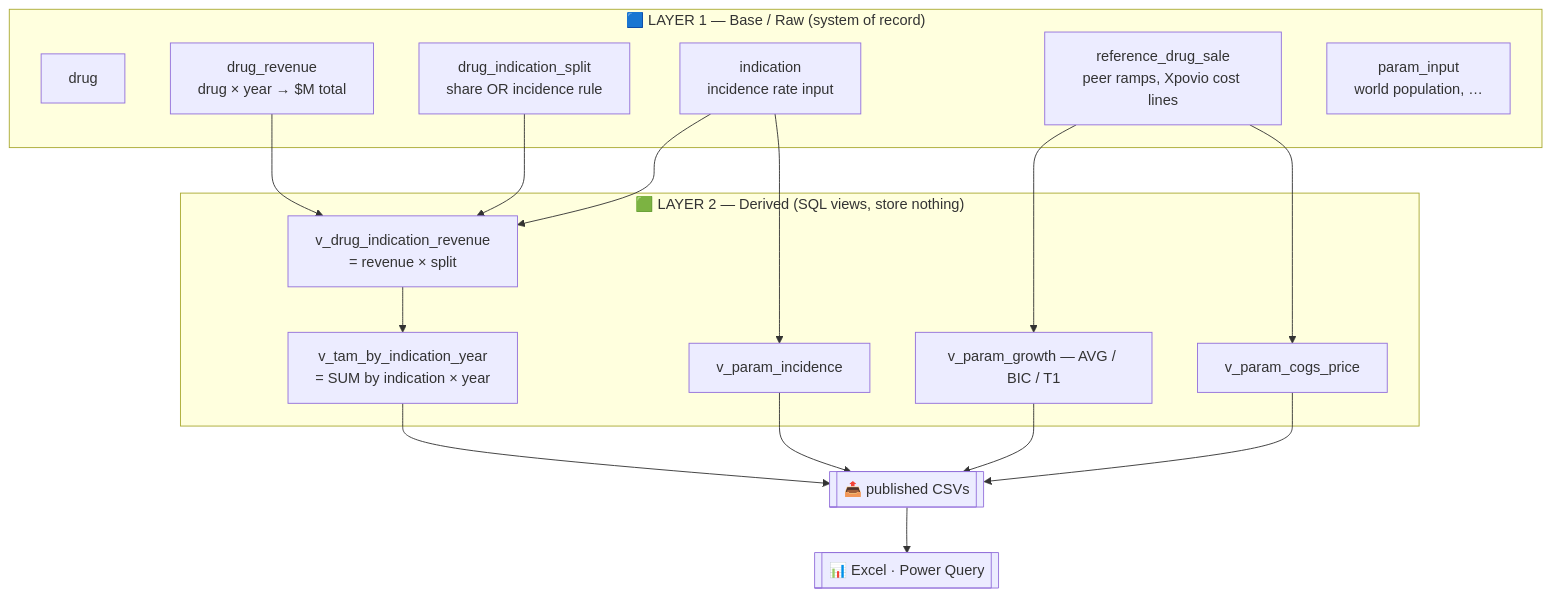
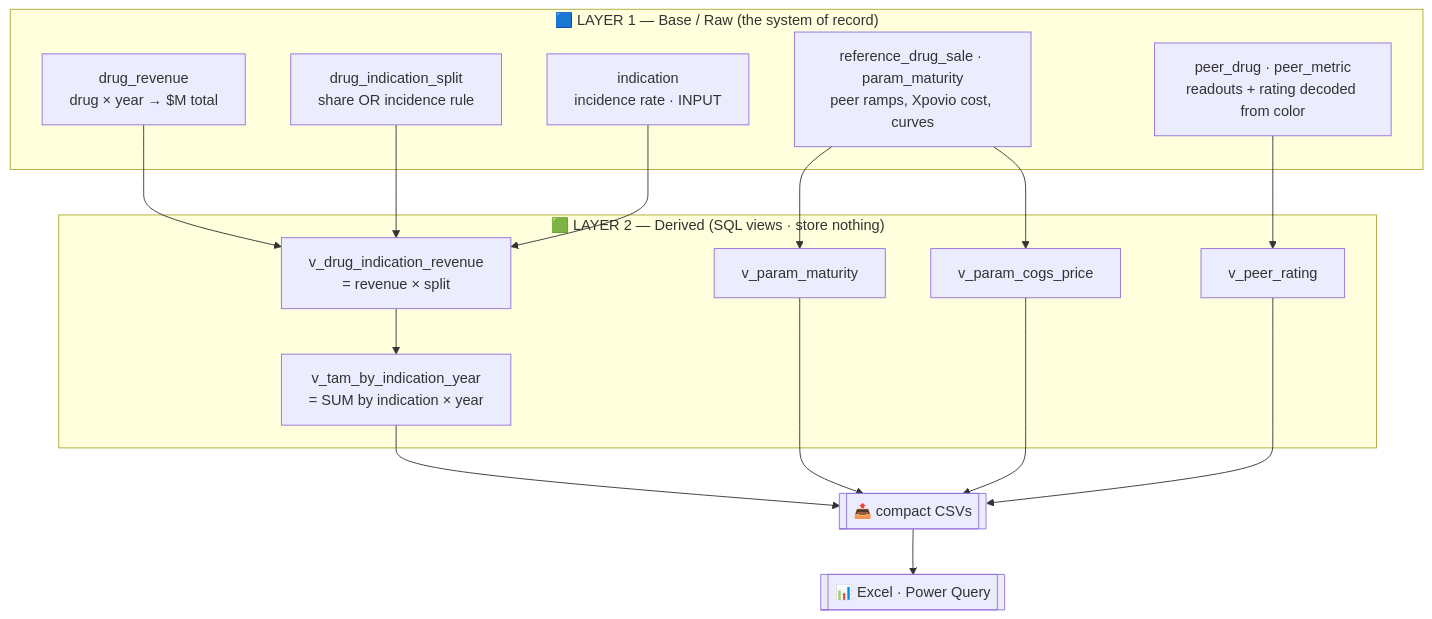
Before and after one commit to RAGG3D/DeepDiligence: the first of 2 diagrams in datastore/DATA_CENTER.md, drawn with Mermaid. The commit also changed other lines of this file, not shown here.

First line of the commit message:
Rewrite DATA_CENTER.md as a focused vignette (why + two-layer design)

````diff
--- a/datastore/DATA_CENTER.md
+++ b/datastore/DATA_CENTER.md
@@ -66,33 +46,32 @@
 ```mermaid
 flowchart TD
-    subgraph L1["🟦 LAYER 1 — Base / Raw (system of record)"]
-        D[drug]
+    subgraph L1["🟦 LAYER 1 — Base / Raw  (the system of record)"]
         DR[drug_revenue<br/>drug × year → $M total]
         S[drug_indication_split<br/>share OR incidence rule]
-        I[indication<br/>incidence rate input]
-        REF[reference_drug_sale<br/>peer ramps, Xpovio cost lines]
-        P[param_input<br/>world population, …]
+        I[indication<br/>incidence rate · INPUT]
+        REF[reference_drug_sale · param_maturity<br/>peer ramps, Xpovio cost, curves]
+        PV[peer_drug · peer_metric<br/>readouts + rating decoded from color]
     end
-    subgraph L2["🟩 LAYER 2 — Derived (SQL views, store nothing)"]
+    subgraph L2["🟩 LAYER 2 — Derived  (SQL views · store nothing)"]
         V1[v_drug_indication_revenue<br/>= revenue × split]
         TAM[v_tam_by_indication_year<br/>= SUM by indication × year]
-        G[v_param_growth — AVG / BIC / T1]
-        C[v_param_cogs_price]
-        INC[v_param_incidence]
+        MAT[v_param_maturity]
+        COG[v_param_cogs_price]
+        RAT[v_peer_rating]
     end
-    PUB[["📤 published CSVs"]]
+    PUB[["📤 compact CSVs"]]
     XL[["📊 Excel · Power Query"]]
 
     DR --> V1
     S --> V1
     I --> V1
     V1 --> TAM
-    REF --> G
-    REF --> C
-    I --> INC
+    REF --> MAT
+    REF --> COG
+    PV --> RAT
     TAM --> PUB
-    G --> PUB
-    C --> PUB
-    INC --> PUB
+    MAT --> PUB
+    COG --> PUB
+    RAT --> PUB
     PUB --> XL
 ```
````
